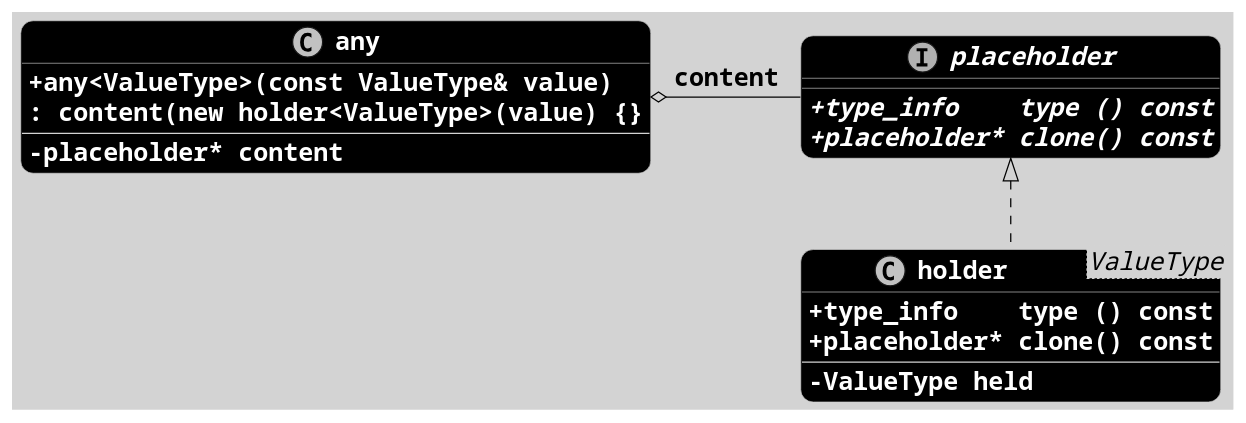
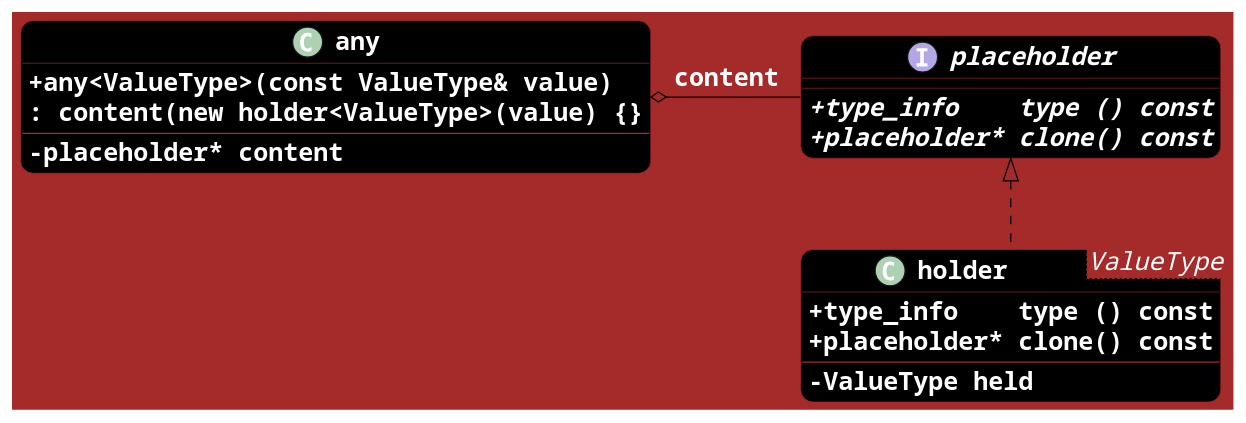
One commit to XzoRit/template_programming_workshop changed the diagram in presentation.org. Above: the diagram before and after it, drawn with PlantUML.

Commit message:
change colors of any uml diagram

```diff
--- a/presentation.org
+++ b/presentation.org
@@ -523,51 +523,52 @@
 #+BEGIN_SRC plantuml :file boost_any.png
-skinparam monochrome true
-skinparam backgroundcolor LightGrey
+skinparam monochrome false
+skinparam backgroundcolor Brown
 skinparam DefaultFontName Courier
 skinparam RoundCorner 20
 skinparam DefaultFontSize 20
+skinparam DefaultFontColor White
 
 skinparam class {
       ArrowColor Green
       ArrowFontStyle Bold
 
       AttributeFontColor White
       AttributeFontStyle Bold
       AttributeIconSize 0
 
       ArrowColor Black
       BackgroundColor Black
-      BorderColor LightGrey
+      BorderColor Brown
       FontColor White
       FontStyle Bold
 }
 
 class any {
       +any<ValueType>(const ValueType& value)
       : content(new holder<ValueType>(value) {}
       --
       -placeholder* content
 }
 
 interface placeholder {
       +{abstract} type_info    type () const
       +{abstract} placeholder* clone() const
 }
 
 class holder<ValueType> {
       +type_info    type () const
       +placeholder* clone() const
       --
       -ValueType held
 }
 
 placeholder <|.. holder
 any         o--  placeholder : content
 
 together {
       class any
       interface placeholder
 }
 
 any -[hidden]> placeholder
 #+END_SRC
```
